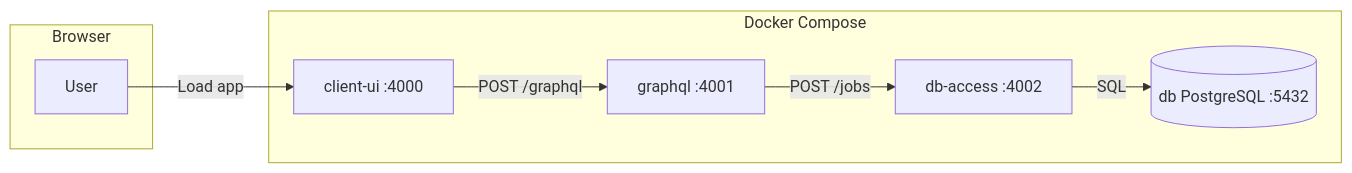
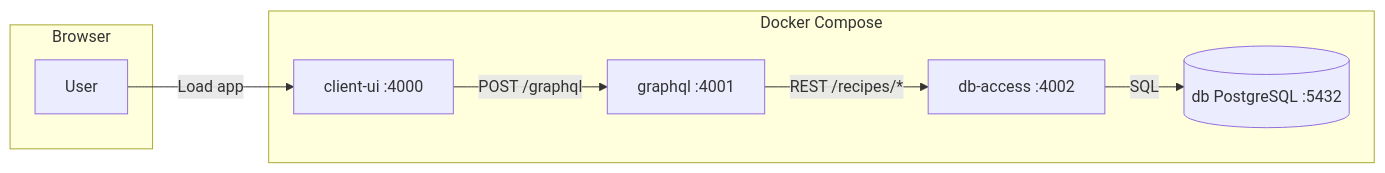
The diagram in README.md (cwins/job-search-tracker), drawn with Mermaid before and after one commit. The commit also changed other lines of this file and 44 other files, not shown here.

````diff
--- a/README.md
+++ b/README.md
@@ -27,16 +19,16 @@
 ```mermaid
 flowchart LR
     subgraph Browser
         User[User]
     end
     subgraph "Docker Compose"
         UI[client-ui :4000]
         GQL[graphql :4001]
         DBA[db-access :4002]
         DB[(db PostgreSQL :5432)]
     end
     User -->|"Load app"| UI
     UI -->|"POST /graphql"| GQL
-    GQL -->|"POST /jobs"| DBA
+    GQL -->|"REST /recipes/*"| DBA
     DBA -->|"SQL"| DB
 ```
````
